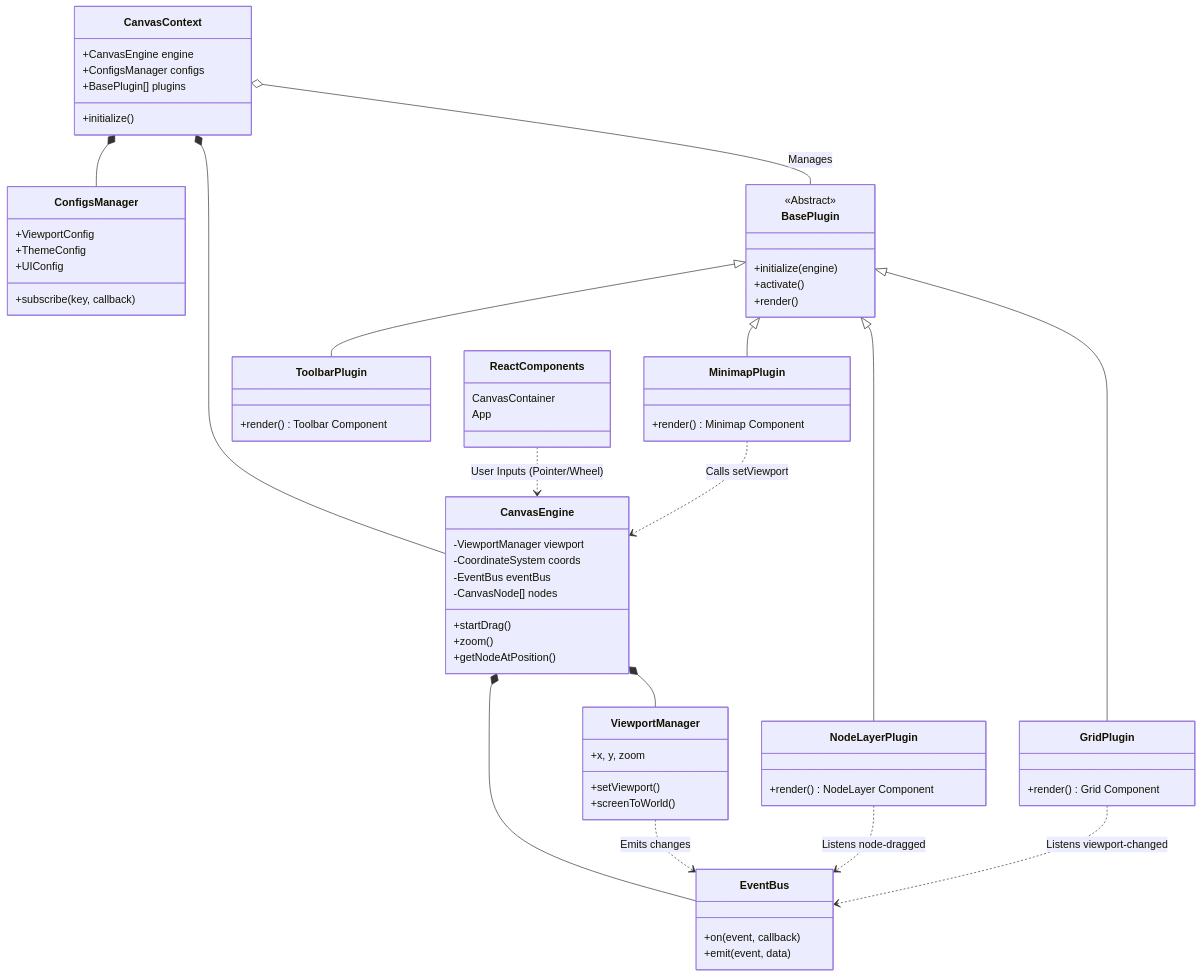
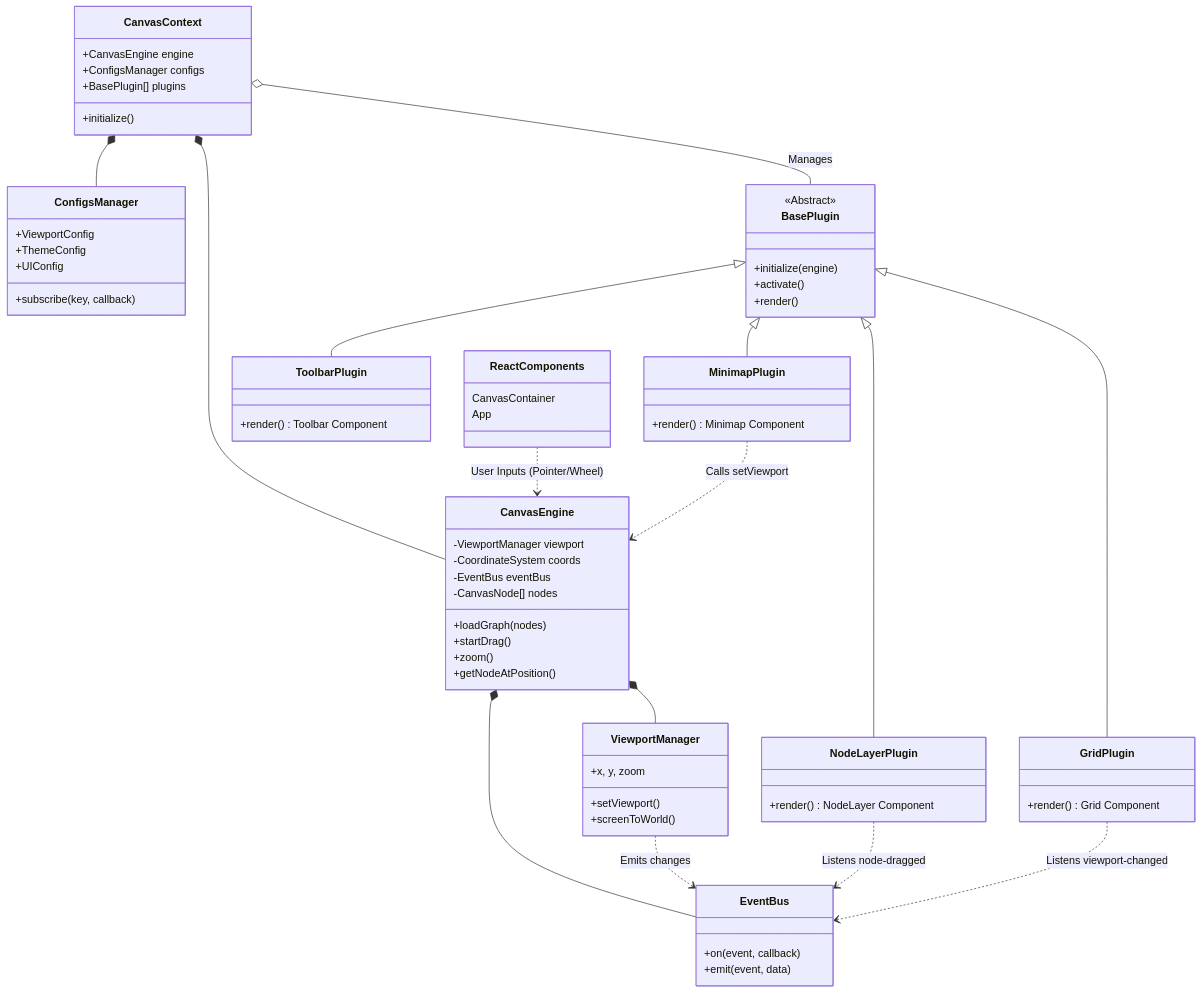
Before and after one commit to tiyun2012/tiNodeModular: the diagram in docs/ARCHITECTURE_UML.mmd, drawn with Mermaid. The commit also changed 1 other file, not shown here.

```diff
--- a/docs/ARCHITECTURE_UML.mmd
+++ b/docs/ARCHITECTURE_UML.mmd
@@ -1,82 +1,83 @@
 classDiagram
     %% Core System Relationships
     class CanvasContext {
         +CanvasEngine engine
         +ConfigsManager configs
         +BasePlugin[] plugins
         +initialize()
     }
 
     class CanvasEngine {
         -ViewportManager viewport
         -CoordinateSystem coords
         -EventBus eventBus
         -CanvasNode[] nodes
+        +loadGraph(nodes)
         +startDrag()
         +zoom()
         +getNodeAtPosition()
     }
 
     class ConfigsManager {
         +ViewportConfig
         +ThemeConfig
         +UIConfig
         +subscribe(key, callback)
     }
 
     class EventBus {
         +on(event, callback)
         +emit(event, data)
     }
 
     class ViewportManager {
         +x, y, zoom
         +setViewport()
         +screenToWorld()
     }
 
     %% Relationships
     CanvasContext *-- CanvasEngine
     CanvasContext *-- ConfigsManager
     CanvasEngine *-- ViewportManager
     CanvasEngine *-- EventBus
     ViewportManager ..> EventBus : Emits changes
 
     %% Plugin System
     class BasePlugin {
         <<Abstract>>
         +initialize(engine)
         +activate()
         +render()
     }
 
     class NodeLayerPlugin {
         +render() NodeLayer Component
     }
     class GridPlugin {
         +render() Grid Component
     }
     class MinimapPlugin {
         +render() Minimap Component
     }
     class ToolbarPlugin {
         +render() Toolbar Component
     }
 
     BasePlugin <|-- NodeLayerPlugin
     BasePlugin <|-- GridPlugin
     BasePlugin <|-- MinimapPlugin
     BasePlugin <|-- ToolbarPlugin
     
     CanvasContext o-- BasePlugin : Manages
 
     %% Interaction Flow
     class ReactComponents {
         CanvasContainer
         App
     }
 
     ReactComponents ..> CanvasEngine : User Inputs (Pointer/Wheel)
     NodeLayerPlugin ..> EventBus : Listens node-dragged
     GridPlugin ..> EventBus : Listens viewport-changed
     MinimapPlugin ..> CanvasEngine : Calls setViewport
```
